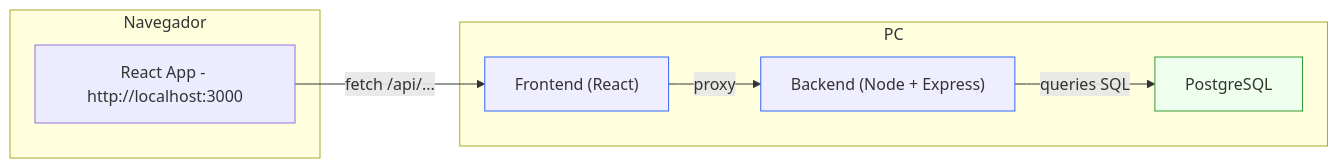
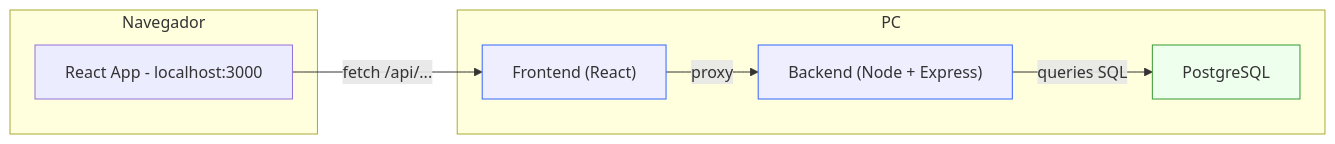
The diagram in README.md (devcenourinha/sistema-portaria), drawn with Mermaid before and after one commit. The commit also changed other lines of this file, not shown here.

````diff
--- a/README.md
+++ b/README.md
@@ -72,21 +90,21 @@
 ```mermaid
 flowchart LR
   subgraph Navegador
-    UI["React App - http://localhost:3000"];
+    UI["React App - localhost:3000"];
   end
 
   subgraph DevMachine["PC"]
     FE["Frontend (React)"];
     BE["Backend (Node + Express)"];
     DB["PostgreSQL"];
   end
 
   UI -->|fetch /api/...| FE;
   FE -->|proxy| BE;
   BE -->|queries SQL| DB;
 
   classDef box fill:#eef,stroke:#36f,stroke-width:1px;
   classDef db fill:#efe,stroke:#393,stroke-width:1px;
   class FE,BE box;
   class DB db;
 ```
````
